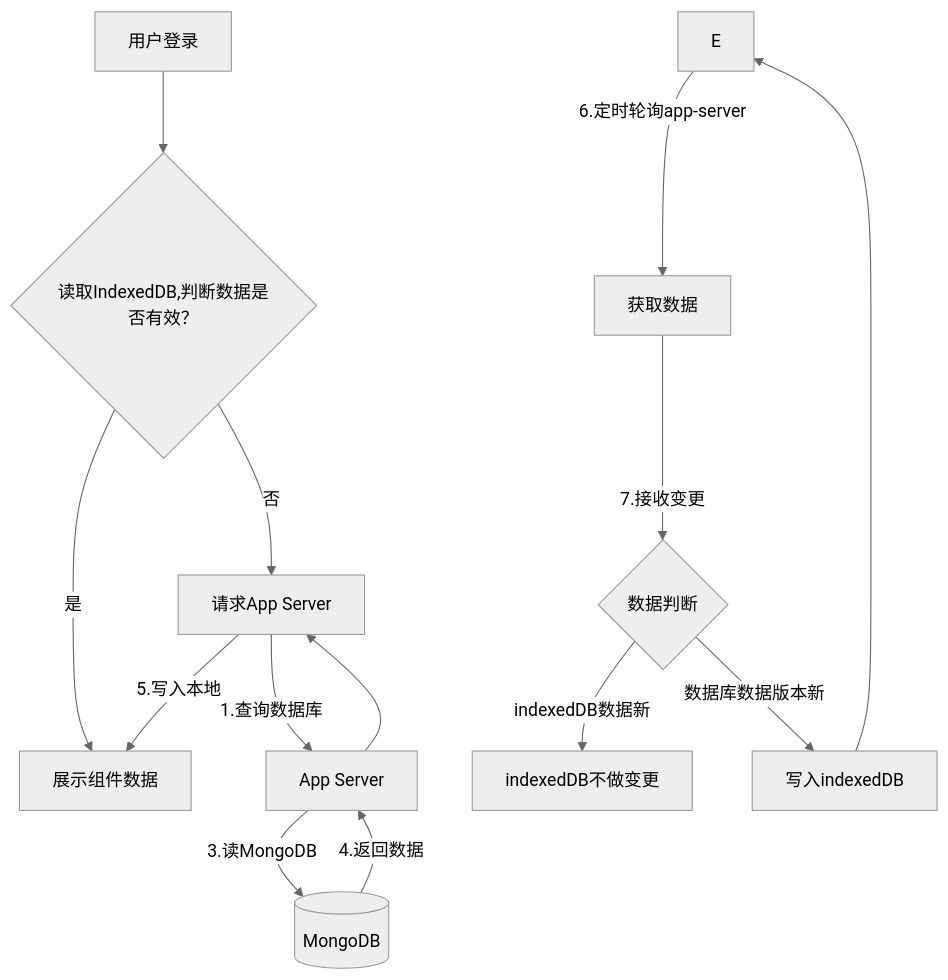
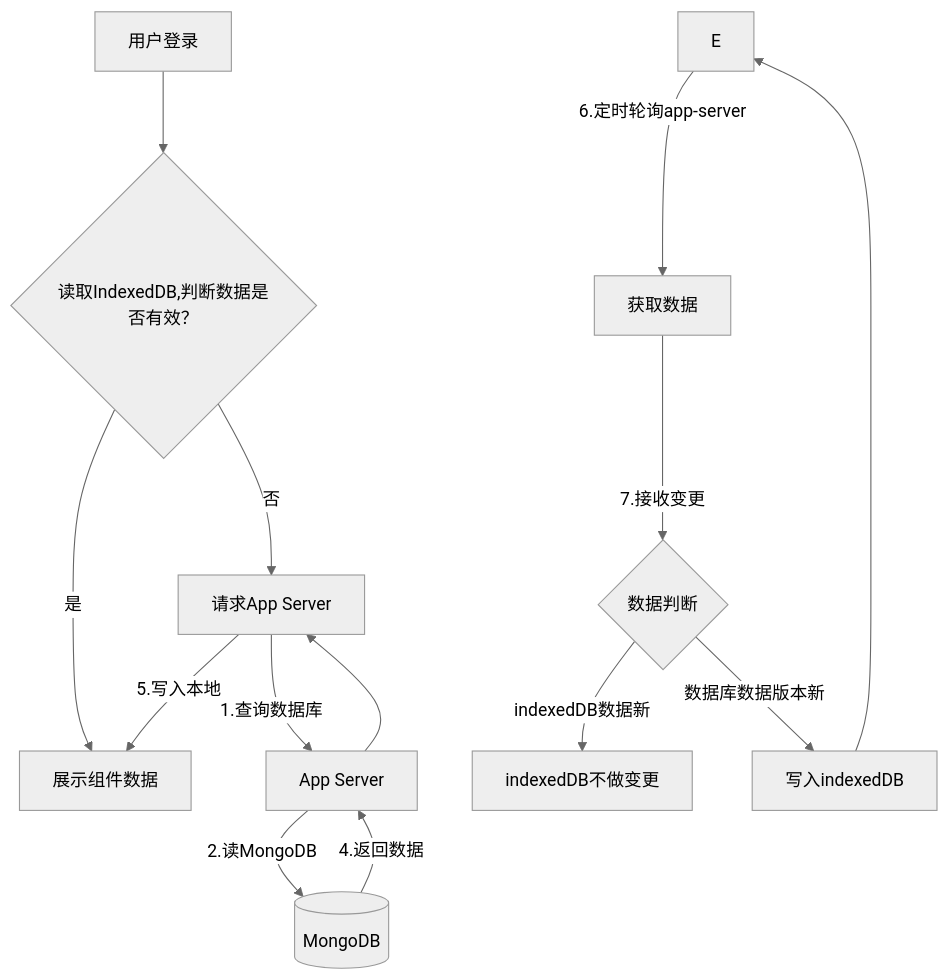
Before and after one commit to yingjianzh/iodraw-files: the diagram in all/未命名-22.md, drawn with Mermaid (neutral theme).

Commit message:
2025-02-18 16:10:08 update

````diff
--- a/all/未命名-22.md
+++ b/all/未命名-22.md
@@ -1,16 +1,16 @@
 ```mermaid
 graph TD
     A[用户登录] --> B{读取IndexedDB,判断数据是否有效？}
     B -->|是| C[展示组件数据]
     B -->|否| D[请求App Server]
     
     D -->|1.查询数据库| F[App Server]
-    F -->|3.读MongoDB| G[(MongoDB)]
+    F -->|2.读MongoDB| G[(MongoDB)]
     G -->|4.返回数据| F --> D
     D -->|5.写入本地| C
     E -->|6.定时轮询app-server| H[获取数据]
     H -->|7.接收变更| I{数据判断}
     I -->|indexedDB数据新| J[indexedDB不做变更]
     I -->|数据库数据版本新| K[写入indexedDB]
     K --> E
 ```
````
